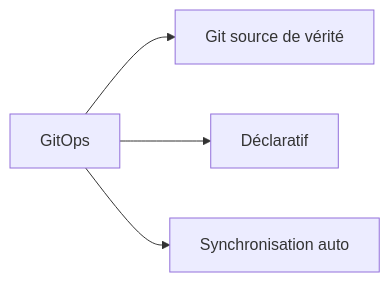
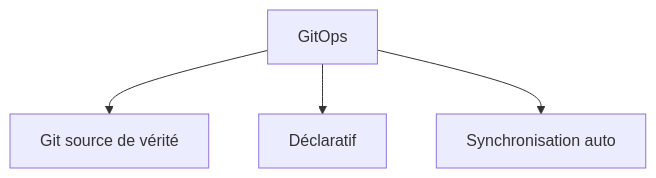
One commit to zyrass/omnydocs changed diagram 13 of 30 in docs/glossaire/devsecops.md. Above: the diagram before and after it, drawn with Mermaid. The commit also changed other lines of this file and 1780 other files, not shown here.

````diff
--- a/docs/glossaire/devsecops.md
+++ b/docs/glossaire/devsecops.md
@@ -272,6 +326,6 @@
-    ```mermaid
-    graph LR
-        A[GitOps] --> B[Git source de vérité]
-        A --> C[Déclaratif]
-        A --> D[Synchronisation auto]
-    ```
+```mermaid
+graph TB
+    A[GitOps] --> B[Git source de vérité]
+    A --> C[Déclaratif]
+    A --> D[Synchronisation auto]
+```
````
